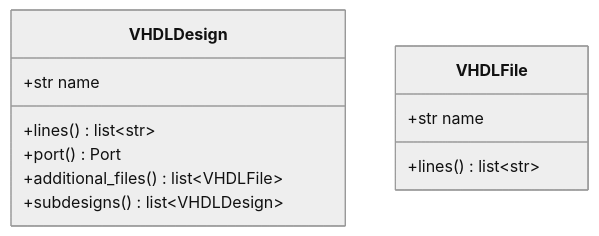
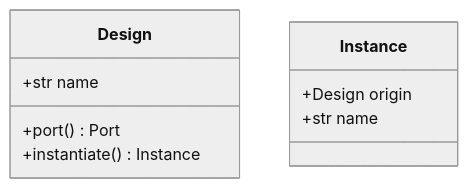
One commit to es-ude/elastic-ai.creator changed the third of 3 diagrams in elasticai/creator/vhdl/design.md. Above: the diagram before and after it, drawn with Mermaid (neutral theme). The commit also changed 41 other files, not shown here.

````diff
--- a/elasticai/creator/vhdl/design.md
+++ b/elasticai/creator/vhdl/design.md
@@ -69,15 +69,13 @@
 ```mermaid
 classDiagram
-  class VHDLDesign {
+  class Design {
     +str name
-    +lines() list~str~
     +port() Port
-    +additional_files() list~VHDLFile~
-    +subdesigns() list~VHDLDesign~
+    +instantiate() Instance
   }
 
-  class VHDLFile {
+  class Instance {
+    +Design origin
     +str name
-    +lines() list~str~
   }
 ```
````
